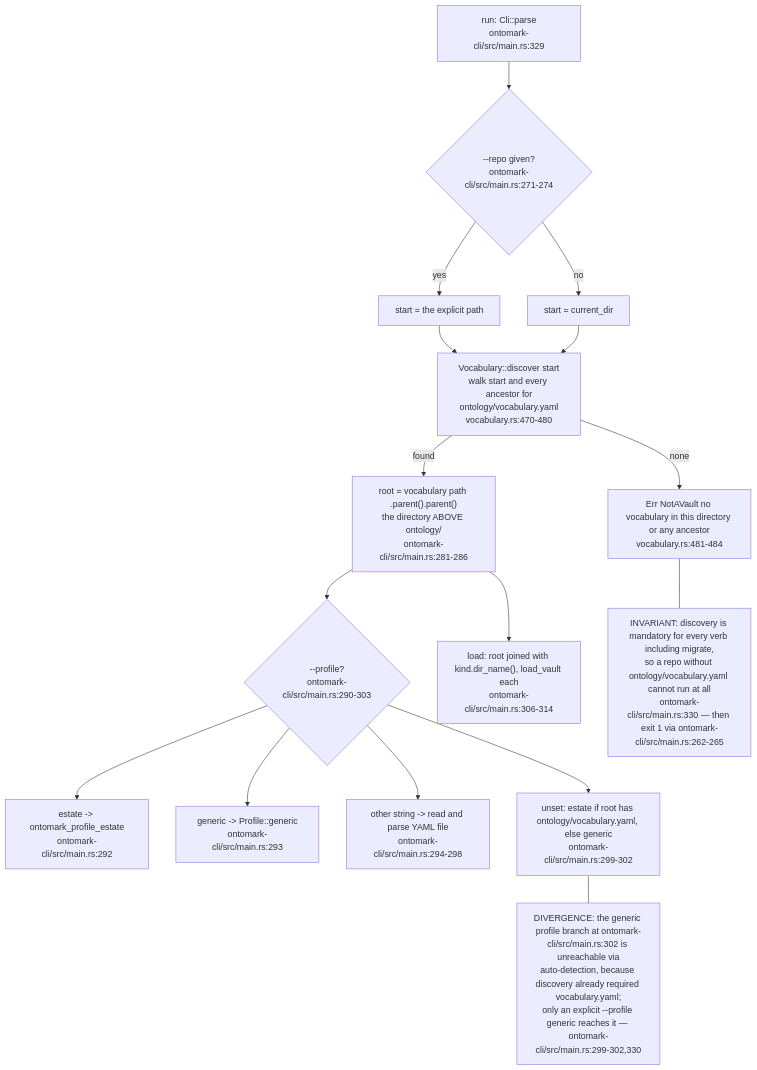
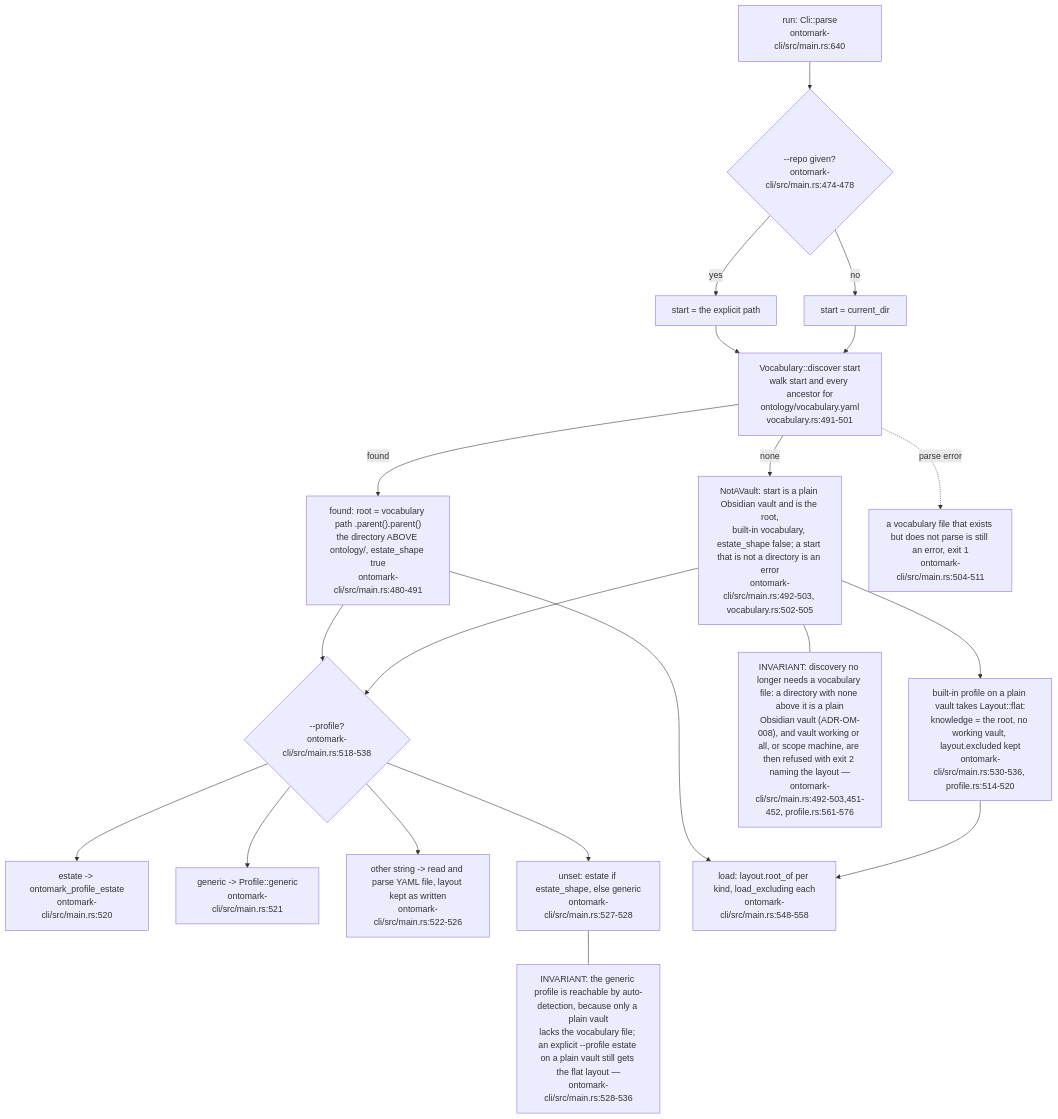
Before and after one commit to DreamLab-AI/VisionFlow: the fourth of 6 diagrams in docs/diagrams/ontomark/05-cli-commands-vault-selector-and-exit-codes.md, drawn with Mermaid. The commit also changed other lines of this file and 160 other files, not shown here.

````diff
--- a/docs/diagrams/ontomark/05-cli-commands-vault-selector-and-exit-codes.md
+++ b/docs/diagrams/ontomark/05-cli-commands-vault-selector-and-exit-codes.md
@@ -140,33 +153,39 @@
 ```mermaid
 flowchart TD
-    START["run: Cli::parse<br/>ontomark-cli/src/main.rs:329"]
-    EXPL{"--repo given?<br/>ontomark-cli/src/main.rs:271-274"}
+    START["run: Cli::parse<br/>ontomark-cli/src/main.rs:640"]
+    EXPL{"--repo given?<br/>ontomark-cli/src/main.rs:474-478"}
     P1["start = the explicit path"]
     P2["start = current_dir"]
-    DISC["Vocabulary::discover start<br/>walk start and every ancestor for<br/>ontology/vocabulary.yaml<br/>vocabulary.rs:470-480"]
-    NOTV["Err NotAVault no vocabulary in this directory or any ancestor<br/>vocabulary.rs:481-484"]
-    ROOT["root = vocabulary path .parent().parent()<br/>the directory ABOVE ontology/<br/>ontomark-cli/src/main.rs:281-286"]
-    PROF{"--profile?<br/>ontomark-cli/src/main.rs:290-303"}
-    EST["estate -> ontomark_profile_estate<br/>ontomark-cli/src/main.rs:292"]
-    GEN["generic -> Profile::generic<br/>ontomark-cli/src/main.rs:293"]
-    YAML["other string -> read and parse YAML file<br/>ontomark-cli/src/main.rs:294-298"]
-    AUTO["unset: estate if root has ontology/vocabulary.yaml, else generic<br/>ontomark-cli/src/main.rs:299-302"]
-    LOAD["load: root joined with kind.dir_name(), load_vault each<br/>ontomark-cli/src/main.rs:306-314"]
+    DISC["Vocabulary::discover start<br/>walk start and every ancestor for<br/>ontology/vocabulary.yaml<br/>vocabulary.rs:491-501"]
+    ESTATE["found: root = vocabulary path .parent().parent()<br/>the directory ABOVE ontology/, estate_shape true<br/>ontomark-cli/src/main.rs:480-491"]
+    PLAIN["NotAVault: start is a plain Obsidian vault and is the root,<br/>built-in vocabulary, estate_shape false; a start that is not a directory is an error<br/>ontomark-cli/src/main.rs:492-503, vocabulary.rs:502-505"]
+    BADV["a vocabulary file that exists but does not parse is still an error, exit 1<br/>ontomark-cli/src/main.rs:504-511"]
+    PROF{"--profile?<br/>ontomark-cli/src/main.rs:518-538"}
+    EST["estate -> ontomark_profile_estate<br/>ontomark-cli/src/main.rs:520"]
+    GEN["generic -> Profile::generic<br/>ontomark-cli/src/main.rs:521"]
+    YAML["other string -> read and parse YAML file, layout kept as written<br/>ontomark-cli/src/main.rs:522-526"]
+    AUTO["unset: estate if estate_shape, else generic<br/>ontomark-cli/src/main.rs:527-528"]
+    FLAT["built-in profile on a plain vault takes Layout::flat:<br/>knowledge = the root, no working vault, layout.excluded kept<br/>ontomark-cli/src/main.rs:530-536, profile.rs:514-520"]
+    LOAD["load: layout.root_of per kind, load_excluding each<br/>ontomark-cli/src/main.rs:548-558"]
     START --> EXPL
     EXPL -->|yes| P1
     EXPL -->|no| P2
     P1 --> DISC
     P2 --> DISC
-    DISC -->|found| ROOT
-    DISC -->|none| NOTV
-    ROOT --> PROF
+    DISC -->|found| ESTATE
+    DISC -->|none| PLAIN
+    DISC -.->|parse error| BADV
+    ESTATE --> PROF
+    PLAIN --> PROF
     PROF --> EST
     PROF --> GEN
     PROF --> YAML
     PROF --> AUTO
-    ROOT --> LOAD
-    n1["INVARIANT: discovery is mandatory for every verb including migrate,<br/>so a repo without ontology/vocabulary.yaml cannot run at all<br/>ontomark-cli/src/main.rs:330 — then exit 1 via ontomark-cli/src/main.rs:262-265"]
-    n2["DIVERGENCE: the generic profile branch at ontomark-cli/src/main.rs:302 is unreachable via<br/>auto-detection, because discovery already required vocabulary.yaml;<br/>only an explicit --profile generic reaches it — ontomark-cli/src/main.rs:299-302,330"]
-    NOTV --- n1
+    PLAIN --> FLAT
+    ESTATE --> LOAD
+    FLAT --> LOAD
+    n1["INVARIANT: discovery no longer needs a vocabulary file: a directory with none above it is a plain<br/>Obsidian vault (ADR-OM-008), and vault working or all, or scope machine, are then refused with exit 2 naming the layout —<br/>ontomark-cli/src/main.rs:492-503,451-452, profile.rs:561-576"]
+    n2["INVARIANT: the generic profile is reachable by auto-detection, because only a plain vault<br/>lacks the vocabulary file; an explicit --profile estate on a plain vault still gets the flat layout —<br/>ontomark-cli/src/main.rs:528-536"]
+    PLAIN --- n1
     AUTO --- n2
 ```
````
